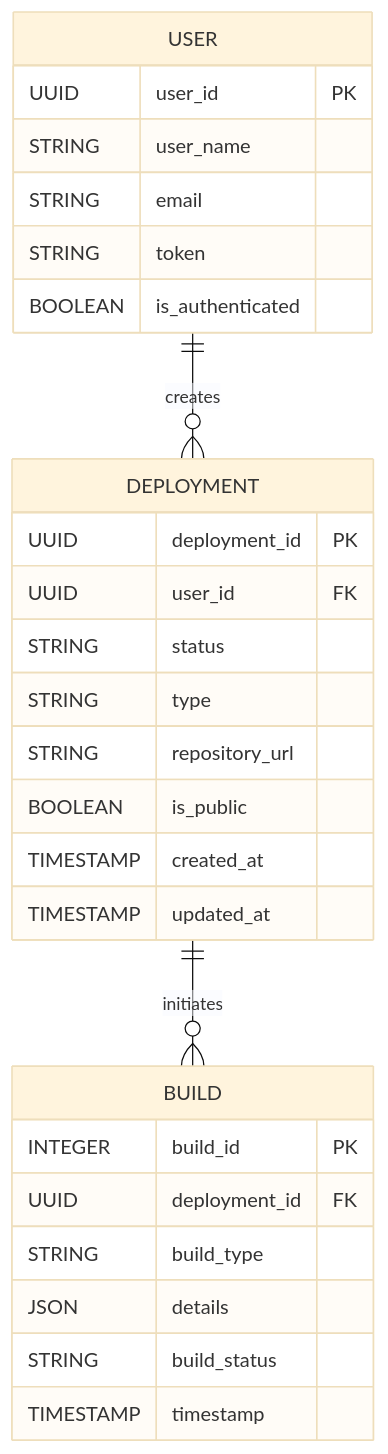
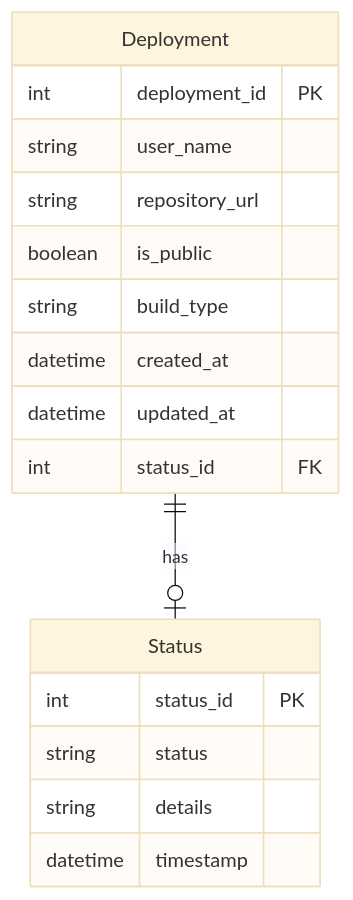
One commit to Ksenniya/quart-client-template changed the diagram in entity/entities_design.md. Above: the diagram before and after it, drawn with Mermaid (base theme). The commit also changed other lines of this file, not shown here.

````diff
--- a/entity/entities_design.md
+++ b/entity/entities_design.md
@@ -37,33 +25,22 @@
 ```mermaid
 erDiagram
-    USER {
-        UUID user_id PK
-        STRING user_name
-        STRING email
-        STRING token
-        BOOLEAN is_authenticated
+    Deployment {
+        int deployment_id PK
+        string user_name
+        string repository_url
+        boolean is_public
+        string build_type
+        datetime created_at
+        datetime updated_at
+        int status_id FK
     }
-    
-    DEPLOYMENT {
-        UUID deployment_id PK
-        UUID user_id FK
-        STRING status
-        STRING type
-        STRING repository_url
-        BOOLEAN is_public
-        TIMESTAMP created_at
-        TIMESTAMP updated_at
+
+    Status {
+        int status_id PK
+        string status
+        string details
+        datetime timestamp
     }
-    
-    BUILD {
-        INTEGER build_id PK
-        UUID deployment_id FK
-        STRING build_type
-        JSON details
-        STRING build_status
-        TIMESTAMP timestamp
-    }
-    
-    USER ||--o{ DEPLOYMENT : creates
-    DEPLOYMENT ||--o{ BUILD : initiates
+
+    Deployment ||--o| Status : has
 ```
````
